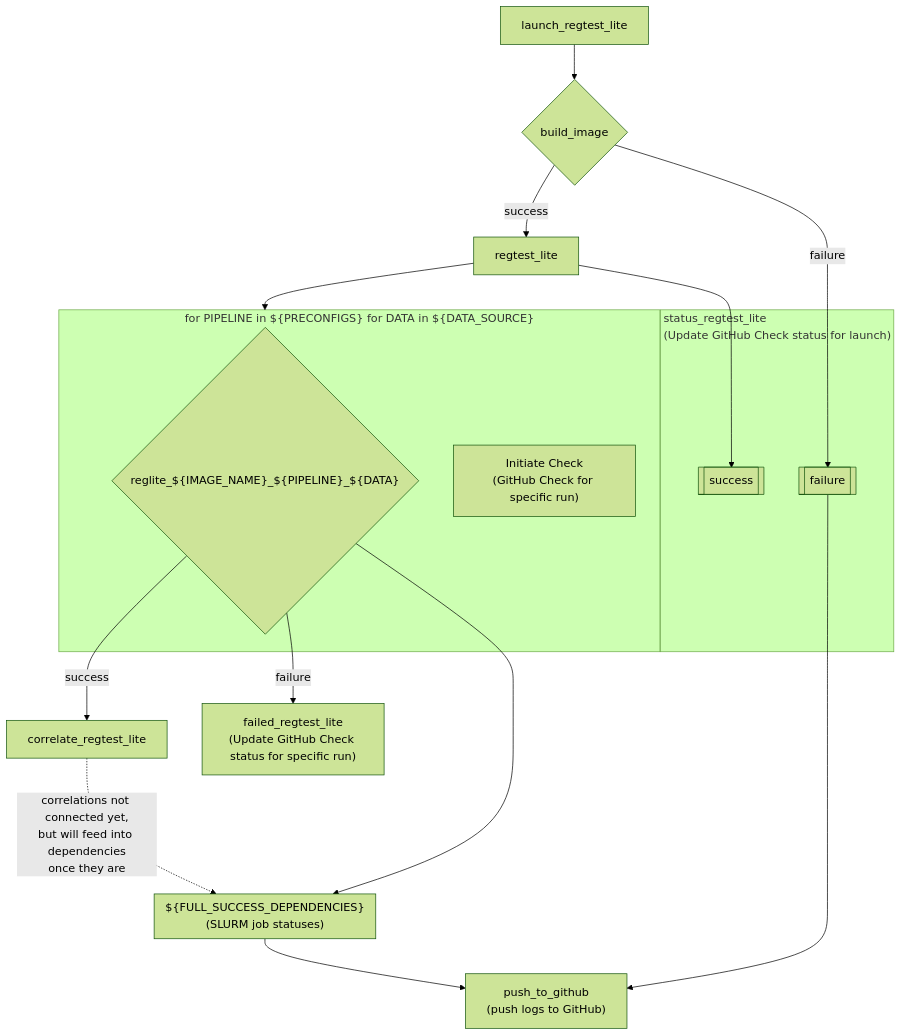
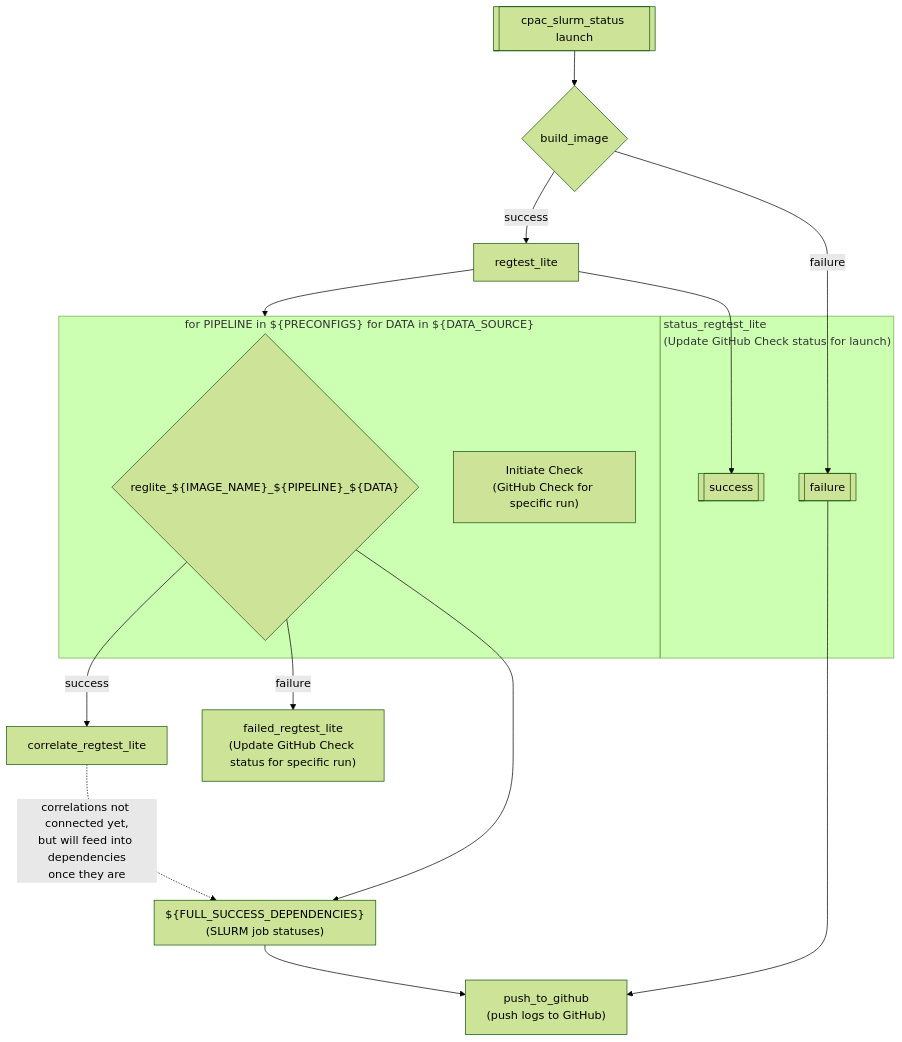
Before and after one commit to childmindresearch/slurm_testing: the diagram in README.md, drawn with Mermaid (forest theme). The commit also changed other lines of this file and 1 other file, not shown here.

Commit message:
:truck: Replace `launch_regtest_lite.SLURM` with `cpac_slurm_status launch`

````diff
--- a/README.md
+++ b/README.md
@@ -47,29 +55,29 @@
 ```mermaid
 graph TB
 
-launch_regtest_lite --> build_image{build_image}
+launch_regtest_lite[[cpac_slurm_status launch]] --> build_image{build_image}
 build_image --"success"--> regtest_lite --> status_regtest_lite_success
 build_image --"failure"--> status_regtest_lite_failure
 regtest_lite --> launch_jobs
 subgraph launch_jobs["for PIPELINE in ${PRECONFIGS} for DATA in ${DATA_SOURCE}"]
   reglite{"reglite_${IMAGE_NAME}_${PIPELINE}_${DATA}"}
   gh_initiate_check["Initiate Check\n(GitHub Check for specific run)"]
 end
 
 subgraph status_regtest_lite["status_regtest_lite\n(Update GitHub Check status for launch)"]
   status_regtest_lite_success[[success]]
   status_regtest_lite_failure[[failure]]
 end
 
 status_regtest_lite_failure --> push_to_github["push_to_github\n(push logs to GitHub)"]
 
 reglite --> FULL_SUCCESS_DEPENDENCIES --> push_to_github
 reglite --"success"--> correlate_regtest_lite
 reglite --"failure"--> failed_regtest_lite["failed_regtest_lite\n(Update GitHub Check status for specific run)"]
 
 correlate_regtest_lite -. "correlations not connected yet,\nbut will feed into dependencies\nonce they are" .-> FULL_SUCCESS_DEPENDENCIES
 
 subgraph FULL_SUCCESS_DEPENDENCIES["${FULL_SUCCESS_DEPENDENCIES}\n(SLURM job statuses)"]
 
 end
 ```
````
